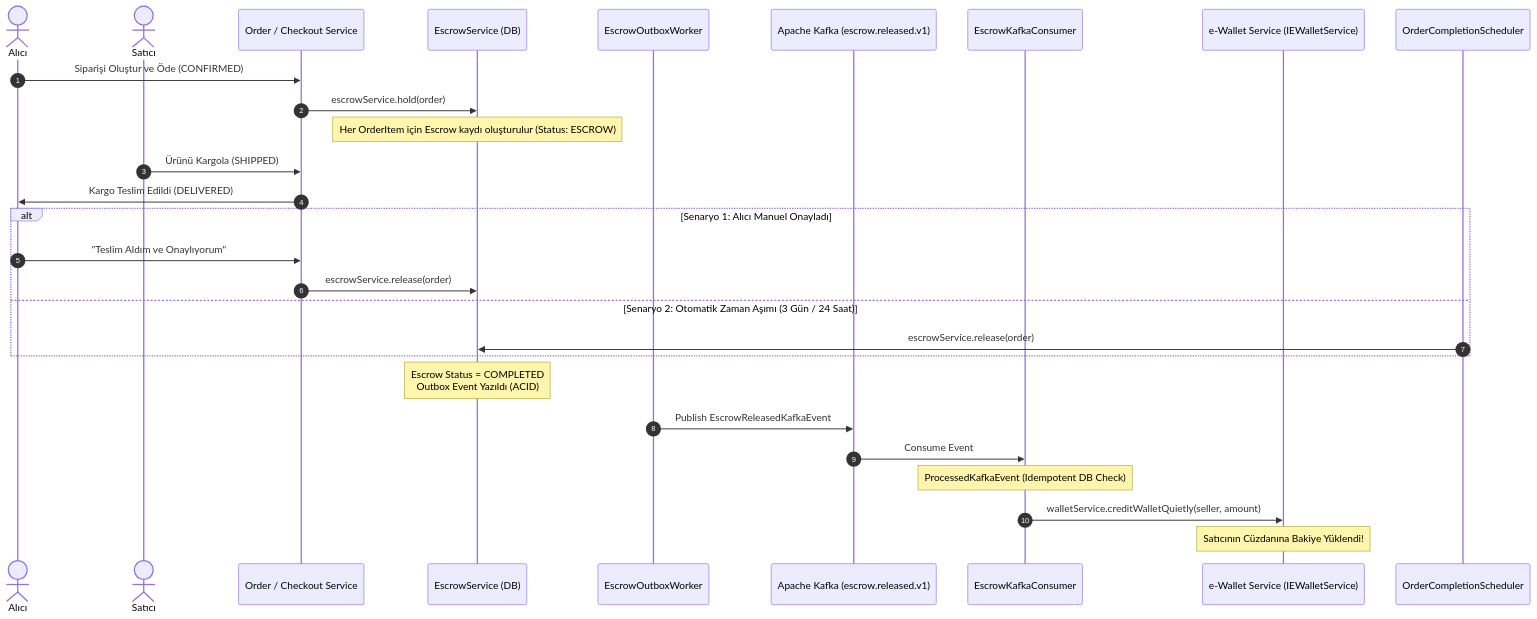
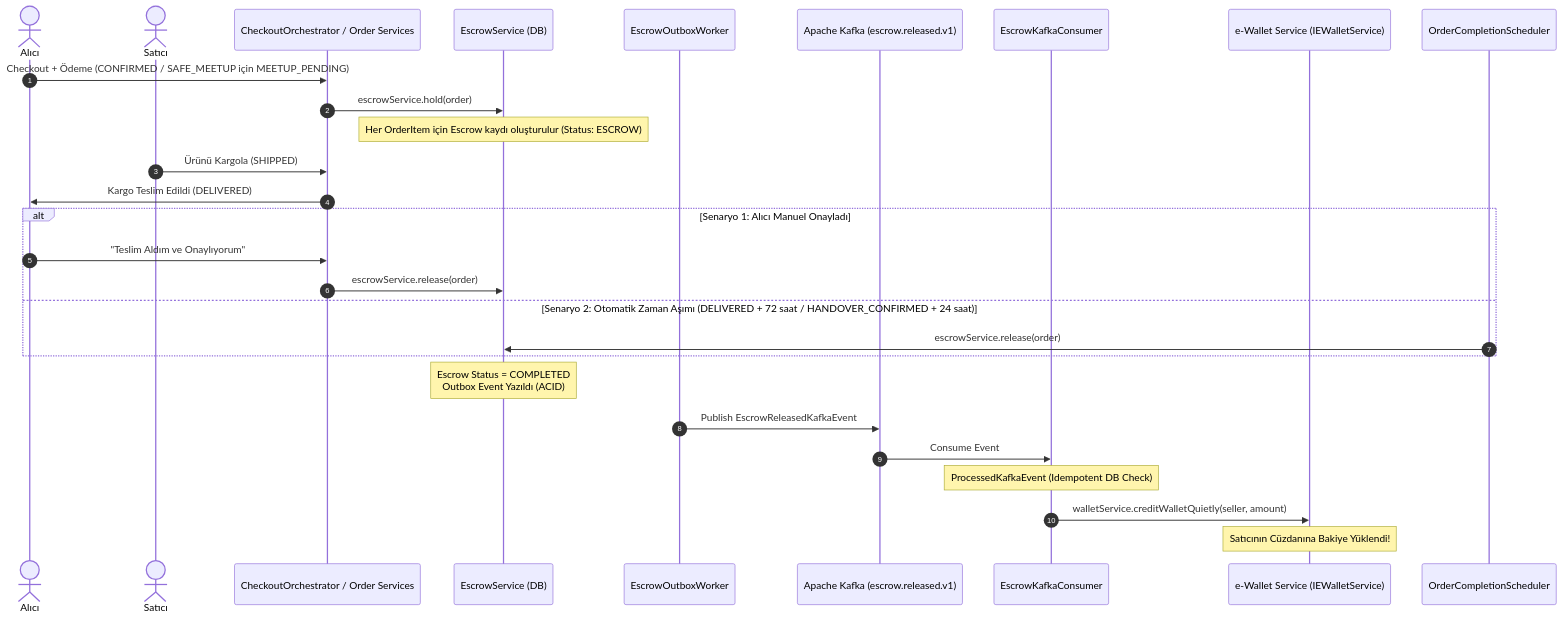
Before and after one commit to Shyesilbas/secondHand: the diagram in docs/escrow-lifecycle-and-state-machine.md, drawn with Mermaid. The commit also changed other lines of this file and 124 other files, not shown here.

Commit message:
feat: clothing rules, pricing engine improvements, and architecture doc updates

````diff
--- a/docs/escrow-lifecycle-and-state-machine.md
+++ b/docs/escrow-lifecycle-and-state-machine.md
@@ -23,34 +23,34 @@
 ```mermaid
 sequenceDiagram
     autonumber
     actor Buyer as Alıcı
     actor Seller as Satıcı
-    participant Order as Order / Checkout Service
+    participant Order as CheckoutOrchestrator / Order Services
     participant Escrow as EscrowService (DB)
     participant Outbox as EscrowOutboxWorker
     participant Kafka as Apache Kafka (escrow.released.v1)
     participant Consumer as EscrowKafkaConsumer
     participant Wallet as e-Wallet Service (IEWalletService)
 
-    Buyer->>Order: Siparişi Oluştur ve Öde (CONFIRMED)
+    Buyer->>Order: Checkout + Ödeme (CONFIRMED / SAFE_MEETUP için MEETUP_PENDING)
     Order->>Escrow: escrowService.hold(order)
     Note over Escrow: Her OrderItem için Escrow kaydı oluşturulur (Status: ESCROW)
     
     Seller->>Order: Ürünü Kargola (SHIPPED)
     Order->>Buyer: Kargo Teslim Edildi (DELIVERED)
 
     alt Senaryo 1: Alıcı Manuel Onayladı
         Buyer->>Order: "Teslim Aldım ve Onaylıyorum"
         Order->>Escrow: escrowService.release(order)
-    else Senaryo 2: Otomatik Zaman Aşımı (3 Gün / 24 Saat)
+    else Senaryo 2: Otomatik Zaman Aşımı (DELIVERED + 72 saat / HANDOVER_CONFIRMED + 24 saat)
         participant Scheduler as OrderCompletionScheduler
         Scheduler->>Escrow: escrowService.release(order)
     end
 
     Note over Escrow: Escrow Status = COMPLETED<br/>Outbox Event Yazıldı (ACID)
     Outbox->>Kafka: Publish EscrowReleasedKafkaEvent
     Kafka->>Consumer: Consume Event
     Note over Consumer: ProcessedKafkaEvent (Idempotent DB Check)
     Consumer->>Wallet: walletService.creditWalletQuietly(seller, amount)
     Note over Wallet: Satıcının Cüzdanına Bakiye Yüklendi!
 ```
````
